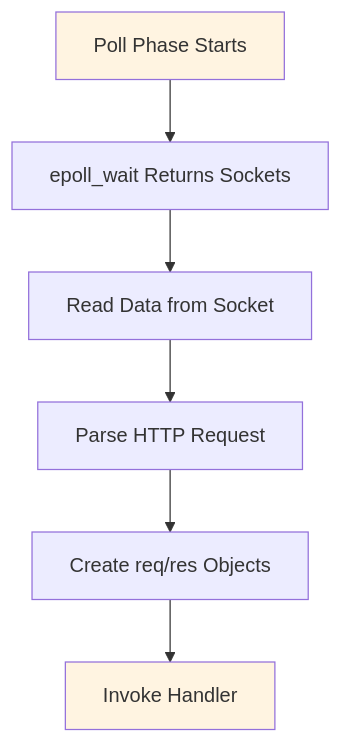
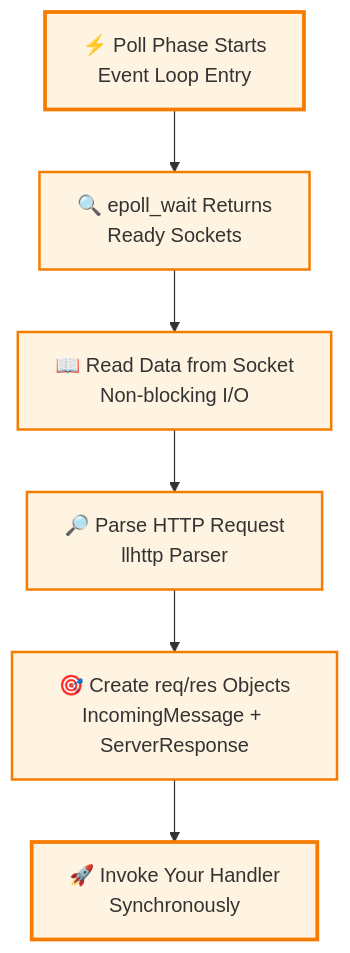
Before and after one commit to rkgiitkgp/study-material: the fourth of 9 diagrams in Nodejs/http-request-lifecycle-diagram.md, drawn with Mermaid. The commit also changed other lines of this file and 1 other file, not shown here.

Commit message:
beautify mermaid flow diagram http request cycle

````diff
--- a/Nodejs/http-request-lifecycle-diagram.md
+++ b/Nodejs/http-request-lifecycle-diagram.md
@@ -95,11 +110,15 @@
 ```mermaid
 flowchart TD
-    A[Poll Phase Starts] --> B[epoll_wait Returns Sockets]
-    B --> C[Read Data from Socket]
-    C --> D[Parse HTTP Request]
-    D --> E[Create req/res Objects]
-    E --> F[Invoke Handler]
+    A["⚡ Poll Phase Starts<br/>Event Loop Entry"] --> B["🔍 epoll_wait Returns<br/>Ready Sockets"]
+    B --> C["📖 Read Data from Socket<br/>Non-blocking I/O"]
+    C --> D["🔎 Parse HTTP Request<br/>llhttp Parser"]
+    D --> E["🎯 Create req/res Objects<br/>IncomingMessage + ServerResponse"]
+    E --> F["🚀 Invoke Your Handler<br/>Synchronously"]
     
-    style A fill:#fff4e1
-    style F fill:#fff4e1
+    style A fill:#fff4e1,stroke:#f57c00,stroke-width:3px
+    style B fill:#fff4e1,stroke:#f57c00,stroke-width:2px
+    style C fill:#fff4e1,stroke:#f57c00,stroke-width:2px
+    style D fill:#fff4e1,stroke:#f57c00,stroke-width:2px
+    style E fill:#fff4e1,stroke:#f57c00,stroke-width:2px
+    style F fill:#fff4e1,stroke:#f57c00,stroke-width:3px
 ```
````
